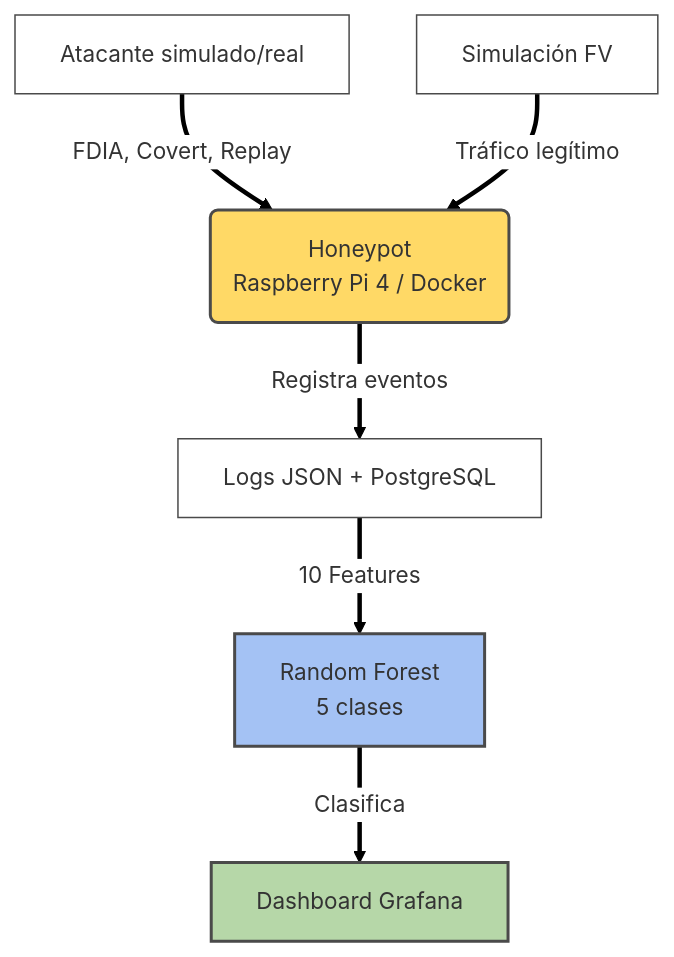
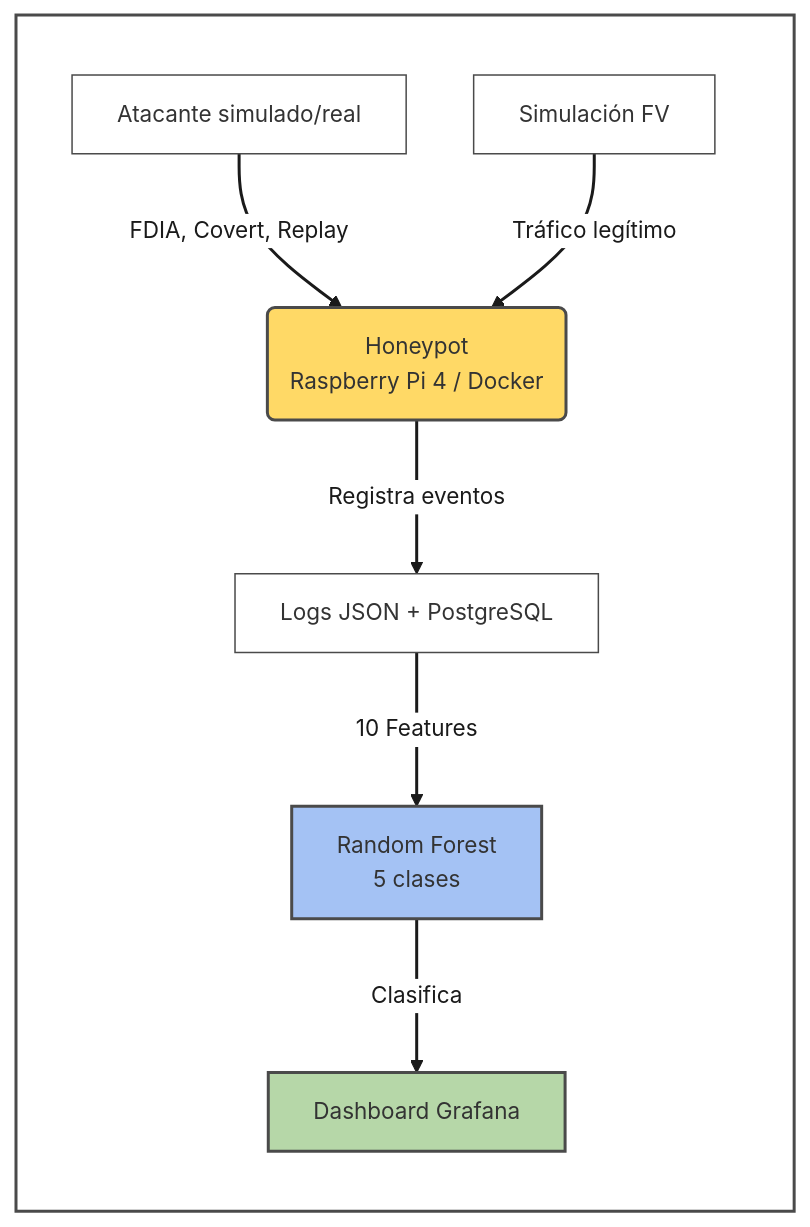
One commit to NicolasReyes001/tesis-honeypot-fv-ml changed the diagram in docs/Semana1/problema_definido.md. Above: the diagram before and after it, drawn with Mermaid.

Commit message:
correcciones Dia 1 semana 1

````diff
--- a/docs/Semana1/problema_definido.md
+++ b/docs/Semana1/problema_definido.md
@@ -82,36 +82,42 @@
 ```mermaid
 %%{init: {
   'theme': 'base',
   'themeVariables': {
     'fontSize': '15px',
     'primaryColor': '#ffffff',
     'edgeLabelBackground': '#ffffff',
-    'lineColor': '#000000',
+    'lineColor': '#4a4a4a',
     'mainBkg': '#ffffff',
     'nodeBorder': '#4a4a4a',
     'actorBorder': '#4a4a4a',
     'textColor': '#1a1a1a',
-    'arrowheadColor': '#000000'
+    'arrowheadColor': '#1a1a1a'
   },
   'flowchart': {
     'useMaxWidth': true,
     'nodeSpacing': 45,
     'rankSpacing': 55,
     'curve': 'basis'
-  },
-  'themeCSS': 'svg { background-color: #ffffff !important; } .mermaid { background-color: #ffffff !important; border-radius: 8px; }'
+  }
 }}%%
 graph TD
-    A[Atacante simulado/real] -->|FDIA, Covert, Replay| B(Honeypot<br>Raspberry Pi 4 / Docker)
-    F[Simulación FV] -->|Tráfico legítimo| B
-    B -->|Registra eventos| C[Logs JSON + PostgreSQL]
-    C -->|10 Features| D[Random Forest<br>5 clases]
-    D -->|Clasifica| E[Dashboard Grafana]
-    
-    style B fill:#ffd966,stroke:#4a4a4a,stroke-width:2px
-    style D fill:#a4c2f4,stroke:#4a4a4a,stroke-width:2px
-    style E fill:#b6d7a8,stroke:#4a4a4a,stroke-width:2px
+    subgraph Contenedor [" "]
+        direction TD
+        A[Atacante simulado/real] -->|FDIA, Covert, Replay| B(Honeypot<br>Raspberry Pi 4 / Docker)
+        F[Simulación FV] -->|Tráfico legítimo| B
+        B -->|Registra eventos| C[Logs JSON + PostgreSQL]
+        C -->|10 Features| D[Random Forest<br>5 clases]
+        D -->|Clasifica| E[Dashboard Grafana]
+        
+        style B fill:#ffd966,stroke:#4a4a4a,stroke-width:2px
+        style D fill:#a4c2f4,stroke:#4a4a4a,stroke-width:2px
+        style E fill:#b6d7a8,stroke:#4a4a4a,stroke-width:2px
+    end
 
-    %% Líneas negras sólidas y un poco más gruesas para máximo contraste sobre el blanco
-    linkStyle default stroke:#000000, stroke-width:3px
+    %% === Estilo para la caja contenedora ===
+    style Contenedor fill:#ffffff,stroke:#4a4a4a,stroke-width:2px
+
+    %% === Flechas con contorno blanco + relleno negro ===
+    linkStyle default stroke:#ffffff, stroke-width: 5px
+    linkStyle default stroke:#1a1a1a, stroke-width:2px, color:#1a1a1a
 ```
````
